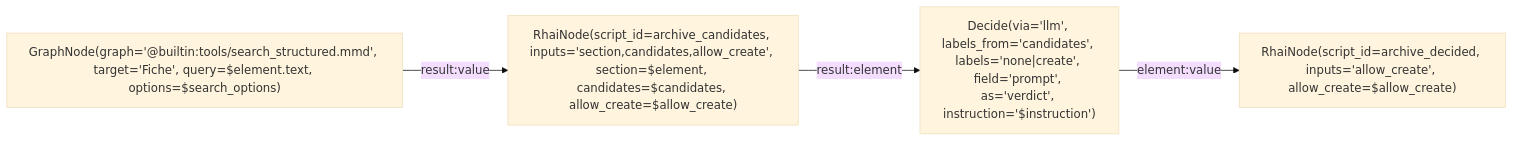
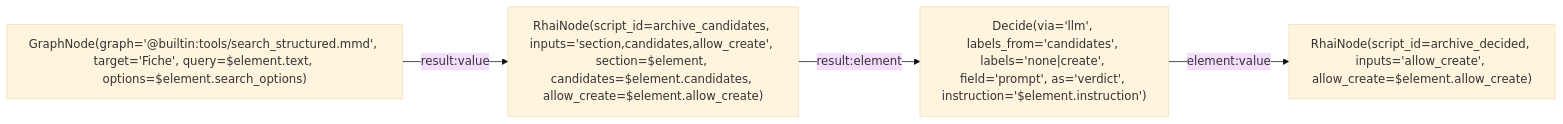
One commit to L-Defraiteur/rag3db changed the diagram in extension/rag3weaver/templates/backends/memory/graphs/archive_decide.mmd. Above: the diagram before and after it, drawn with Mermaid (base theme). The commit also changed 3 other files, not shown here.

Commit message:
fix(mémoire): les réglages de la décision voyagent par chaque section, et le graphe cité de l'archive ne déclare que element — un graphe cité à paramètres est refusé au chargement (ticket du 7 novembre, la recette minimale)

```diff
--- a/extension/rag3weaver/templates/backends/memory/graphs/archive_decide.mmd
+++ b/extension/rag3weaver/templates/backends/memory/graphs/archive_decide.mmd
@@ -1,17 +1,13 @@
 %% tool: archive_decide
 %% description: Une section (l'élément) : les fiches candidates par la recherche, puis la décision fermée du modèle (une candidate, none, create), rendue comme l'élément des écritures (kind, fiche, records, liens, provenance). Appelé une fois par section par le ForEachNode de archive.
-%% param: element json! -- La section : {title, level, text, anchor, index, chemin, titre, origine}.
-%% param: candidates int = 5 -- Fiches candidates gardées.
-%% param: allow_create bool = true -- create permis.
-%% param: instruction string! -- Ce que l'étiquette veut dire, pour le modèle. Substituée entre apostrophes droites dans la configuration du Decide : elle n'en porte pas (l'apostrophe typographique ’ passe).
-%% param: search_options json! -- Les options de la recherche de candidates (limit…).
+%% param: element json! -- La section : {title, level, text, anchor, index, chemin, titre, origine}, et les réglages de la décision qu'elle porte : candidates, allow_create, instruction, search_options (un graphe cité ne reçoit pas d'autre paramètre, ticket du 7 nov. 2026).
 %% result: decided.result
 
 graph LR
-    recall["GraphNode(graph='@builtin:tools/search_structured.mmd', target='Fiche', query=$element.text, options=$search_options)"]
-    prepare["RhaiNode(script_id=archive_candidates, inputs='section,candidates,allow_create', section=$element, candidates=$candidates, allow_create=$allow_create)"]
-    decide["Decide(via='llm', labels_from='candidates', labels='none|create', field='prompt', as='verdict', instruction='$instruction')"]
-    decided["RhaiNode(script_id=archive_decided, inputs='allow_create', allow_create=$allow_create)"]
+    recall["GraphNode(graph='@builtin:tools/search_structured.mmd', target='Fiche', query=$element.text, options=$element.search_options)"]
+    prepare["RhaiNode(script_id=archive_candidates, inputs='section,candidates,allow_create', section=$element, candidates=$element.candidates, allow_create=$element.allow_create)"]
+    decide["Decide(via='llm', labels_from='candidates', labels='none|create', field='prompt', as='verdict', instruction='$element.instruction')"]
+    decided["RhaiNode(script_id=archive_decided, inputs='allow_create', allow_create=$element.allow_create)"]
     recall -->|result:value| prepare
     prepare -->|result:element| decide
     decide -->|element:value| decided
```
